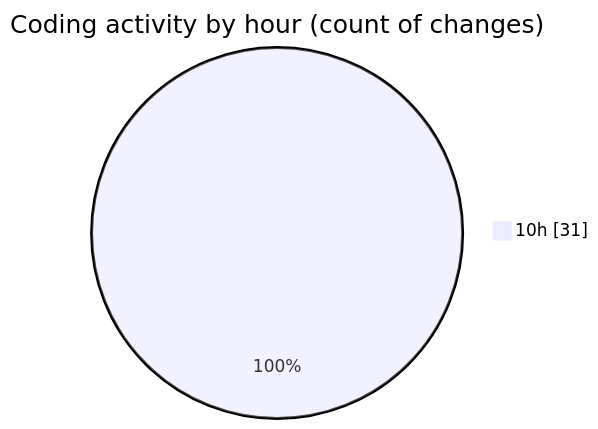
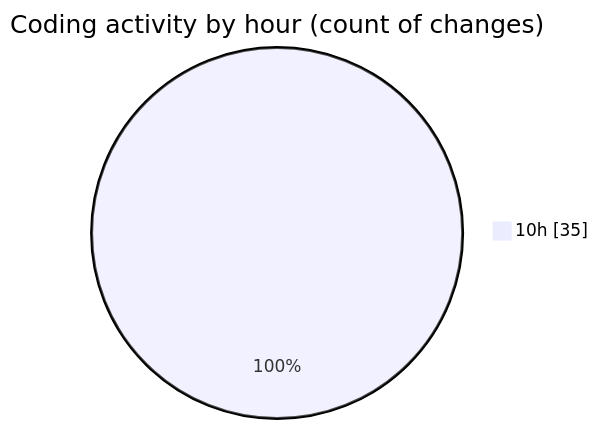
One commit to momahboobian/code-tracking changed the second of 2 diagrams in 2025-03-26/cda/README.md. Above: the diagram before and after it, drawn with Mermaid. The commit also changed other lines of this file and 1 other file, not shown here.

````diff
--- a/2025-03-26/cda/README.md
+++ b/2025-03-26/cda/README.md
@@ -46,5 +47,5 @@
 ```mermaid
 pie showData
 title Coding activity by hour (count of changes)
-"10h" : 31
+"10h" : 35
 ```
````
